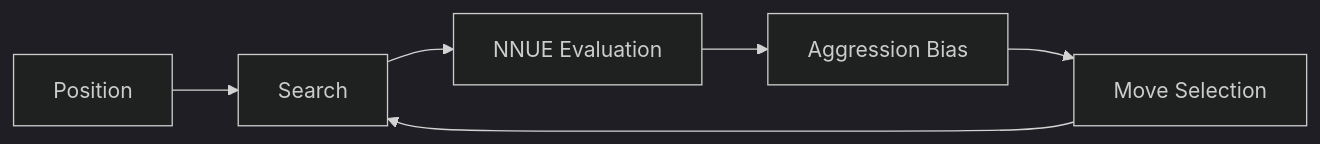
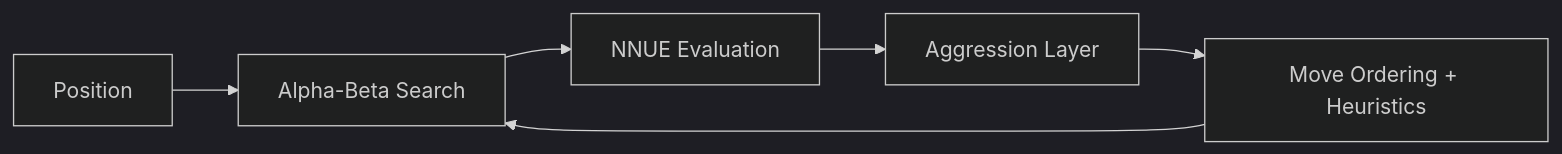
Before and after one commit to Zorvia/Solace: the first of 2 diagrams in README.md, drawn with Mermaid (dark theme). The commit also changed other lines of this file, not shown here.

````diff
--- a/README.md
+++ b/README.md
@@ -75,8 +121,8 @@
 ```mermaid
 flowchart LR
-    A[Position] --> B[Search]
+    A[Position] --> B[Alpha-Beta Search]
     B --> C[NNUE Evaluation]
-    C --> D[Aggression Bias]
-    D --> E[Move Selection]
+    C --> D[Aggression Layer]
+    D --> E[Move Ordering + Heuristics]
     E --> B
 ```
````
